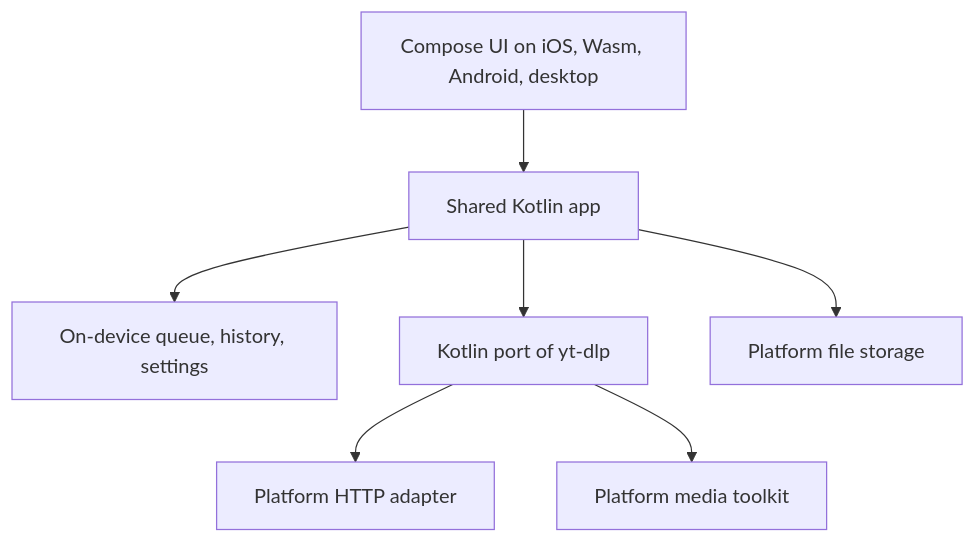
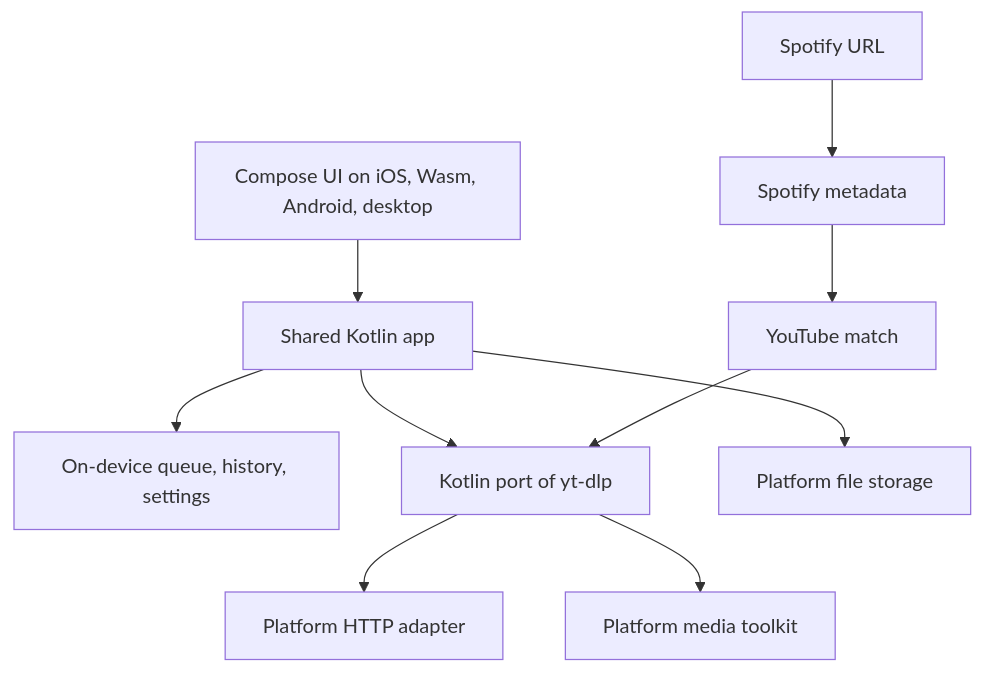
One commit to lucassales2/anydownload changed the first of 2 diagrams in vault/02-architecture/Architecture.md. Above: the diagram before and after it, drawn with Mermaid. The commit also changed other lines of this file and 16 other files, not shown here.

First line of the commit message:
docs: plan Spotify support as a YouTube match

````diff
--- a/vault/02-architecture/Architecture.md
+++ b/vault/02-architecture/Architecture.md
@@ -15,9 +15,12 @@
 ```mermaid
 flowchart TD
     UI[Compose UI on iOS, Wasm, Android, desktop] --> APP[Shared Kotlin app]
     APP --> Q[On-device queue, history, settings]
     APP --> E[Kotlin port of yt-dlp]
+    SpotifyUrl[Spotify URL] --> Meta[Spotify metadata]
+    Meta --> Match[YouTube match]
+    Match --> E
     E --> HTTP[Platform HTTP adapter]
     E --> MEDIA[Platform media toolkit]
     APP --> FILES[Platform file storage]
 ```
````
